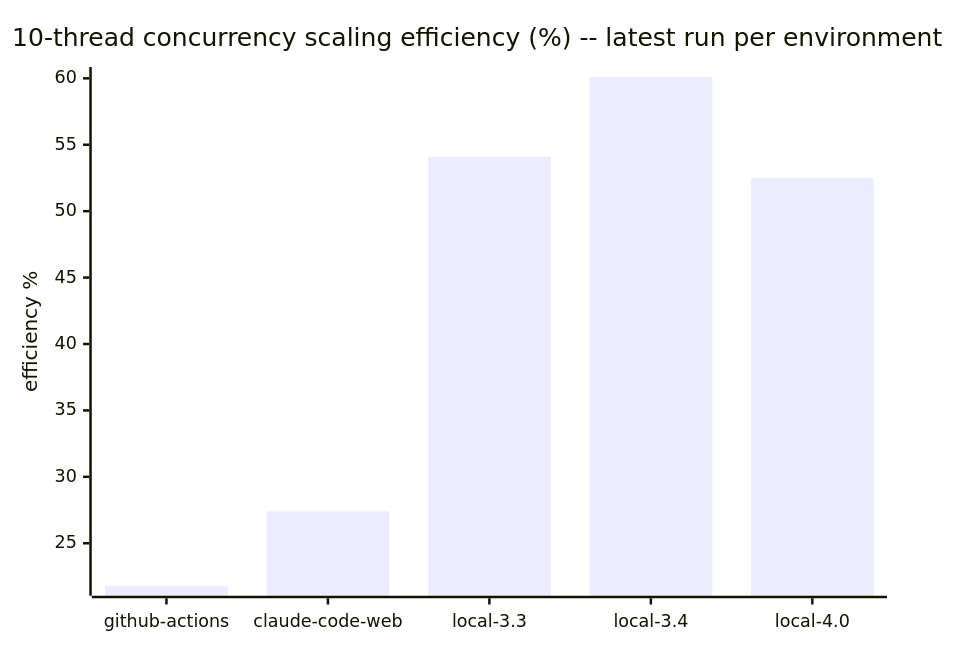
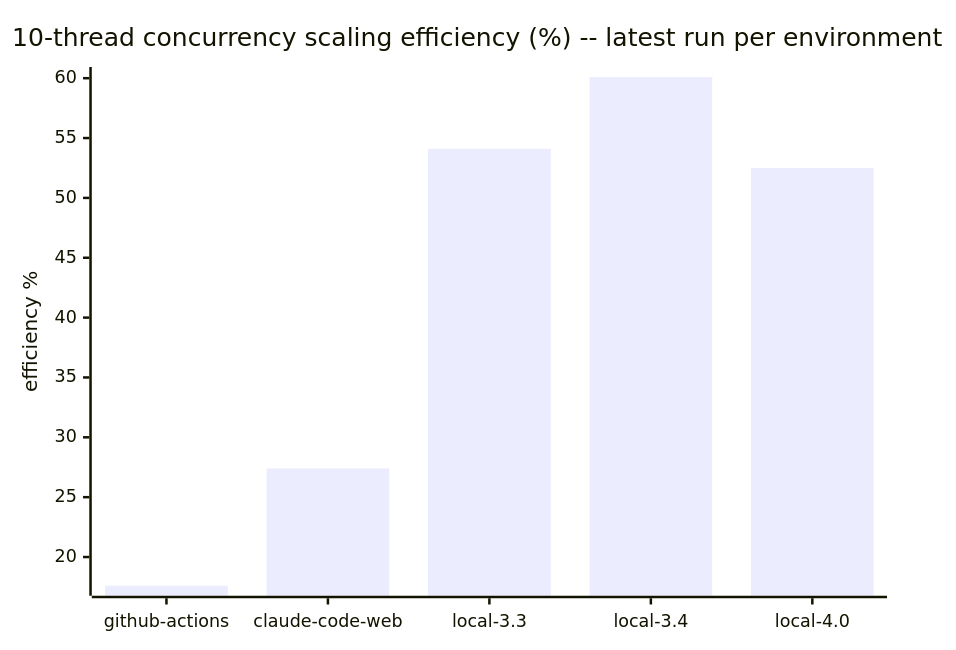
One commit to cpb/duckling changed the seventh of 7 diagrams in docs/benchmarks/README.md. Above: the diagram before and after it, drawn with Mermaid. The commit also changed other lines of this file and 1 other file, not shown here.

````diff
--- a/docs/benchmarks/README.md
+++ b/docs/benchmarks/README.md
@@ -223,7 +223,7 @@
 ```mermaid
 xychart-beta
     title "10-thread concurrency scaling efficiency (%) -- latest run per environment"
     x-axis [github-actions, claude-code-web, local-3.3, local-3.4, local-4.0]
     y-axis "efficiency %"
-    bar "efficiency_pct" [21.8, 27.4, 54.1, 60.1, 52.5]
+    bar "efficiency_pct" [17.6, 27.4, 54.1, 60.1, 52.5]
 ```
````
